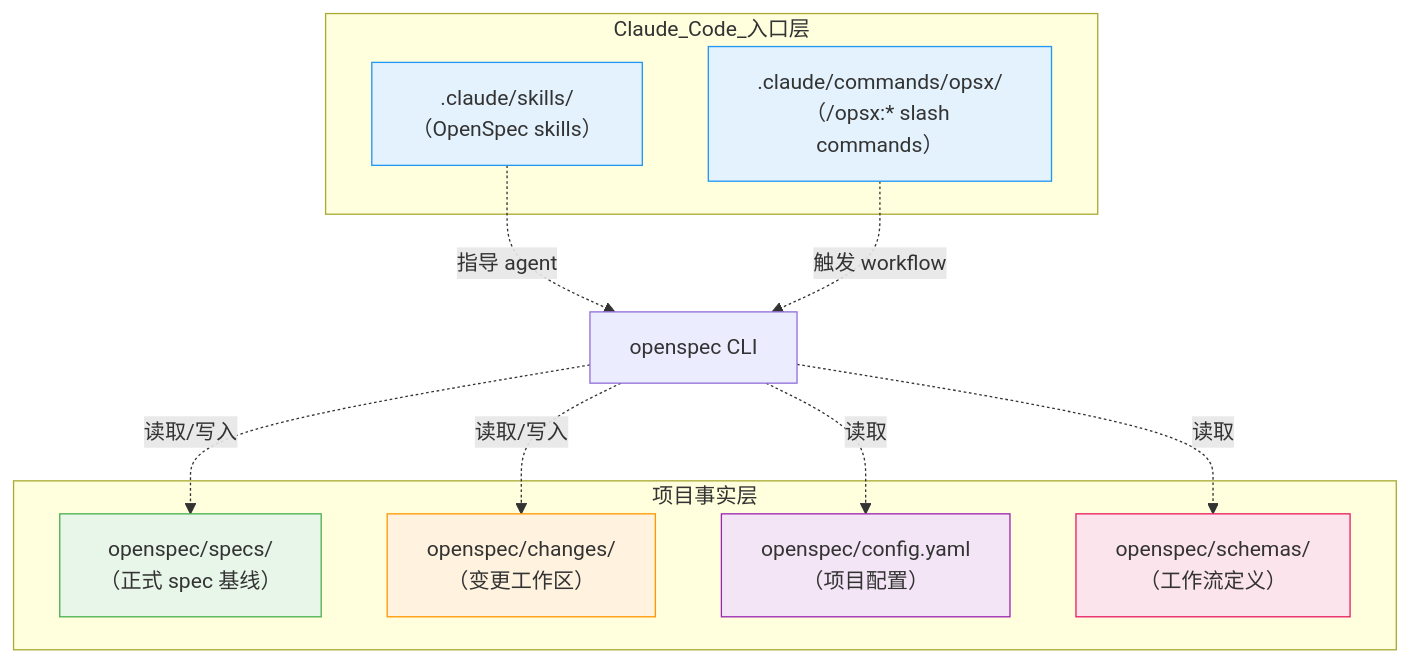
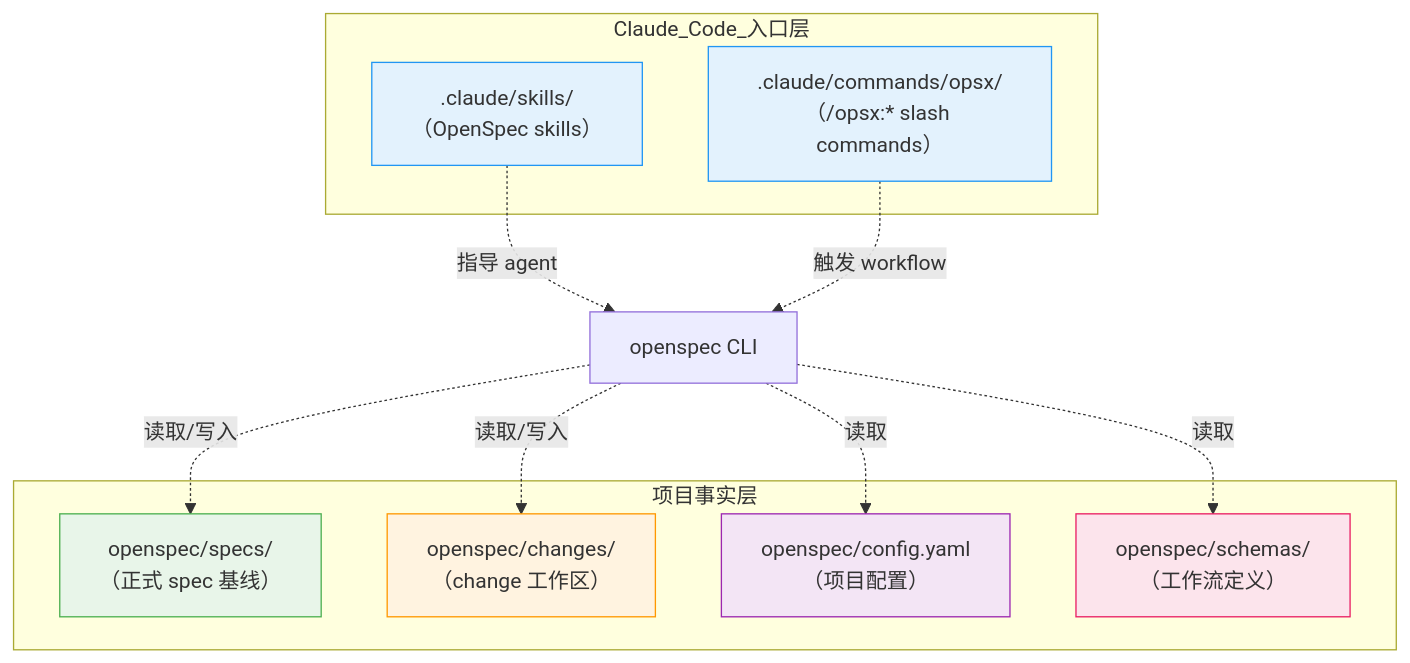
The first of 2 diagrams in _openspec_handbook/10-实战-claude-code-里的-openspec-到底怎么落地.md (ethan-jiang-3/OpenSpec), drawn with Mermaid before and after one commit. The commit also changed other lines of this file and 53 other files, not shown here.

````diff
--- a/_openspec_handbook/10-实战-claude-code-里的-openspec-到底怎么落地.md
+++ b/_openspec_handbook/10-实战-claude-code-里的-openspec-到底怎么落地.md
@@ -152,28 +152,28 @@
 ```mermaid
 graph TB
     subgraph Claude_Code_入口层
     A[".claude/skills/<br/>（OpenSpec skills）"]
     B[".claude/commands/opsx/<br/>（/opsx:* slash commands）"]
     end
 
     subgraph 项目事实层
     C["openspec/specs/<br/>（正式 spec 基线）"]
-    D["openspec/changes/<br/>（变更工作区）"]
+    D["openspec/changes/<br/>（change 工作区）"]
     E["openspec/config.yaml<br/>（项目配置）"]
     F["openspec/schemas/<br/>（工作流定义）"]
     end
 
     A -.指导 agent.-> G[openspec CLI]
     B -.触发 workflow.-> G
     G -.读取/写入.-> C
     G -.读取/写入.-> D
     G -.读取.-> E
     G -.读取.-> F
 
     style A fill:#e3f2fd,stroke:#2196f3
     style B fill:#e3f2fd,stroke:#2196f3
     style C fill:#e8f5e9,stroke:#4caf50
     style D fill:#fff3e0,stroke:#ff9800
     style E fill:#f3e5f5,stroke:#9c27b0
     style F fill:#fce4ec,stroke:#e91e63
 ```
````
